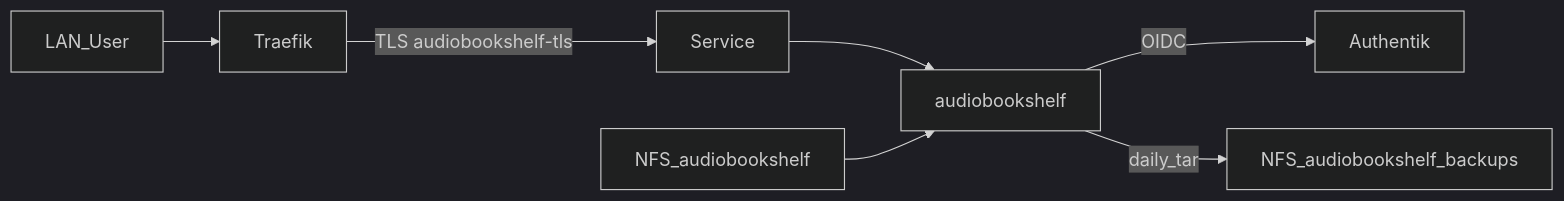
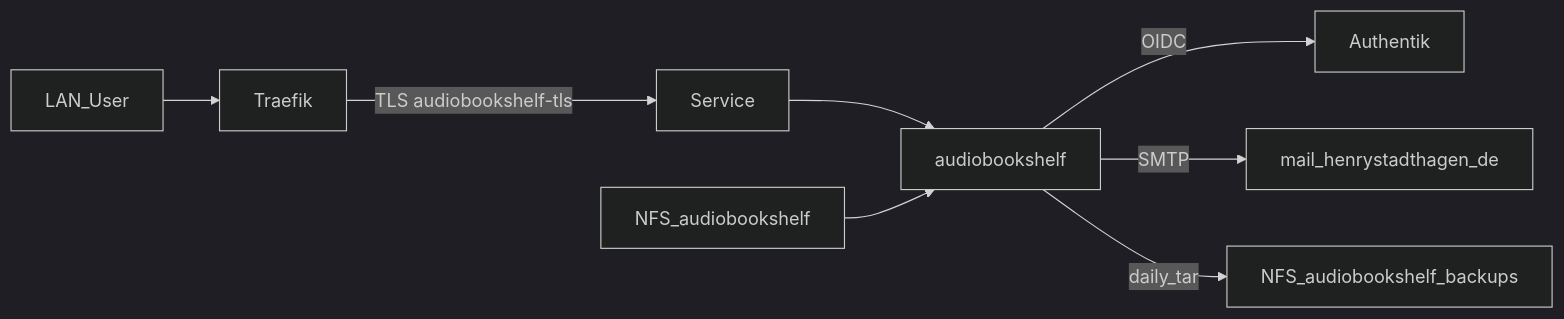
Before and after one commit to HenryHST/minilab: the diagram in docs/adr/0027-audiobookshelf.md, drawn with Mermaid (dark theme). The commit also changed other lines of this file and 3 other files, not shown here.

````diff
--- a/docs/adr/0027-audiobookshelf.md
+++ b/docs/adr/0027-audiobookshelf.md
@@ -26,9 +27,10 @@
 ```mermaid
 flowchart LR
   User[LAN_User] --> Traefik
   Traefik -->|"TLS audiobookshelf-tls"| Svc[Service]
   Svc --> Pod[audiobookshelf]
   NFSLib[NFS_audiobookshelf] --> Pod
   Pod -->|"OIDC"| IdP[Authentik]
+  Pod -->|"SMTP"| Mail[mail_henrystadthagen_de]
   Pod -->|"daily_tar"| NFSBak[NFS_audiobookshelf_backups]
 ```
````
